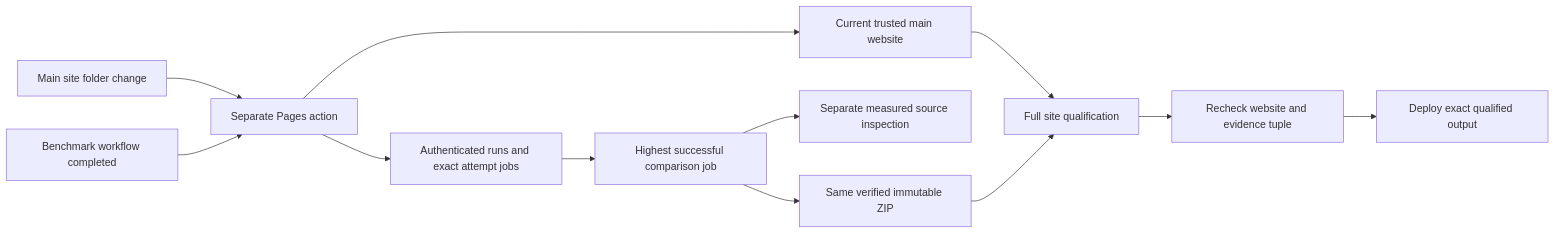
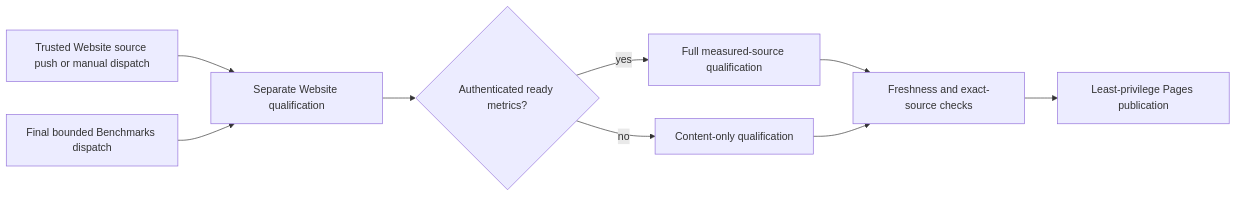
Before and after one commit to managedcode/KeyLoad: the diagram in docs/ADR/ADR-040-static-site-threejs-evidence.md, drawn with Mermaid. The commit also changed other lines of this file and 152 other files, not shown here.

Commit message:
Save current implementation and rename build/test workflow

````diff
--- a/docs/ADR/ADR-040-static-site-threejs-evidence.md
+++ b/docs/ADR/ADR-040-static-site-threejs-evidence.md
@@ -265,14 +105,11 @@
 ```mermaid
 flowchart LR
-    SitePush[Main site folder change] --> Pages[Separate Pages action]
-    Complete[Benchmark workflow completed] --> Pages
-    Pages --> Website[Current trusted main website]
-    Pages --> History[Authenticated runs and exact attempt jobs]
-    History --> Comparison[Highest successful comparison job]
-    Comparison --> Measured[Separate measured source inspection]
-    Comparison --> Artifact[Same verified immutable ZIP]
-    Website --> Qualify[Full site qualification]
-    Artifact --> Qualify
-    Qualify --> Fresh[Recheck website and evidence tuple]
-    Fresh --> Deploy[Deploy exact qualified output]
+    Source[Trusted Website source push or manual dispatch] --> Site[Separate Website qualification]
+    Bench[Final bounded Benchmarks dispatch] --> Site
+    Site --> Select{Authenticated ready metrics?}
+    Select -->|yes| Measured[Full measured-source qualification]
+    Select -->|no| Content[Content-only qualification]
+    Measured --> Fresh[Freshness and exact-source checks]
+    Content --> Fresh
+    Fresh --> Pages[Least-privilege Pages publication]
 ```
````
